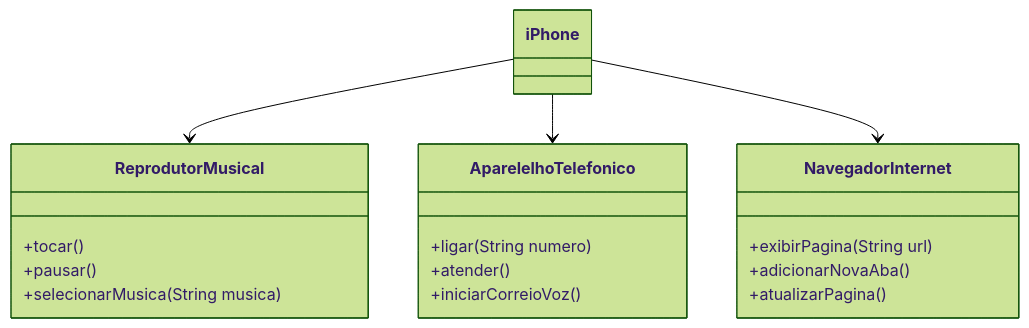
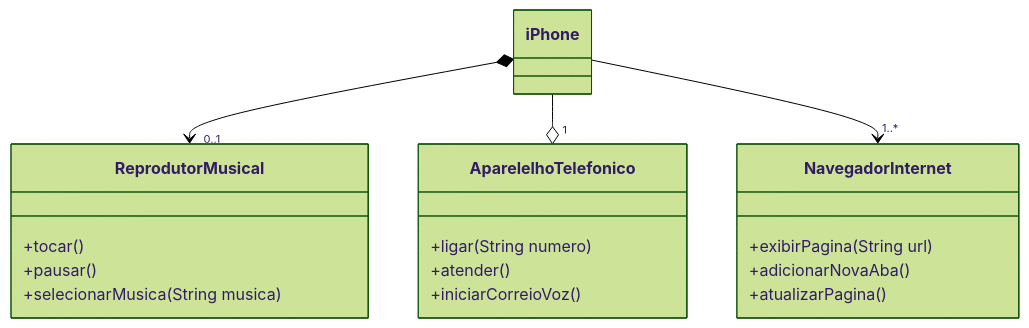
Before and after one commit to FabioBJr/UML: the diagram in README.md, drawn with Mermaid (forest theme).

````diff
--- a/README.md
+++ b/README.md
@@ -1,27 +1,27 @@
 ```mermaid
 classDiagram
     class iPhone{ 
     }
     
-    iPhone --> ReprodutorMusical 
-    iPhone --> AparelelhoTelefonico
-    iPhone --> NavegadorInternet
+    iPhone *--> "0..1" ReprodutorMusical 
+    iPhone --o "1" AparelelhoTelefonico
+    iPhone --> "1..*" NavegadorInternet
 
     class ReprodutorMusical {
     +tocar()
     +pausar()
     +selecionarMusica(String musica)
     }
 
     class AparelelhoTelefonico { 
     +ligar(String numero)
     +atender()
     +iniciarCorreioVoz()
     }
 
     class NavegadorInternet {
     +exibirPagina(String url)
     +adicionarNovaAba()
     +atualizarPagina()
     }
 ```
````
